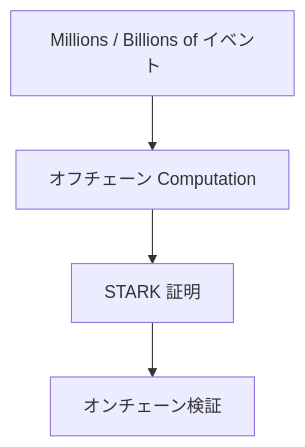
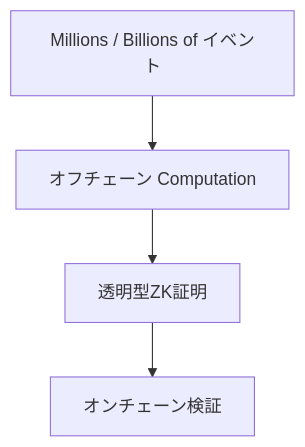
One commit to ShigeichiroYamasaki/creator-first-platform changed diagram 16 of 43 in docs/whitepaper/09-technology.md. Above: the diagram before and after it, drawn with Mermaid. The commit also changed other lines of this file and 42 other files, not shown here.

Commit message:
Design production service architecture

````diff
--- a/docs/whitepaper/09-technology.md
+++ b/docs/whitepaper/09-technology.md
@@ -675,11 +667,11 @@
 ```mermaid
 flowchart TD
     EVENTS[Millions / Billions of イベント]
     OFF[オフチェーン Computation]
-    STARK[STARK 証明]
+    ZK[透明型ZK証明]
     CHAIN[オンチェーン検証]
 
     EVENTS --> OFF
-    OFF --> STARK
-    STARK --> CHAIN
+    OFF --> ZK
+    ZK --> CHAIN
 ```
````
